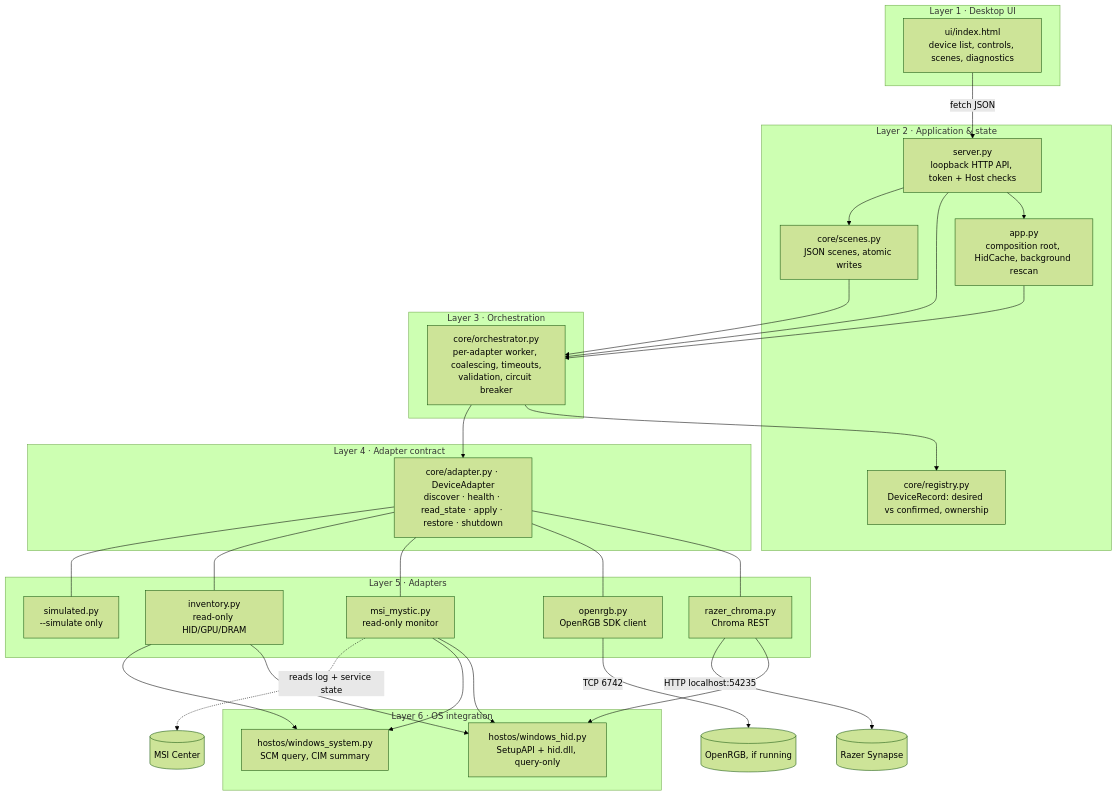
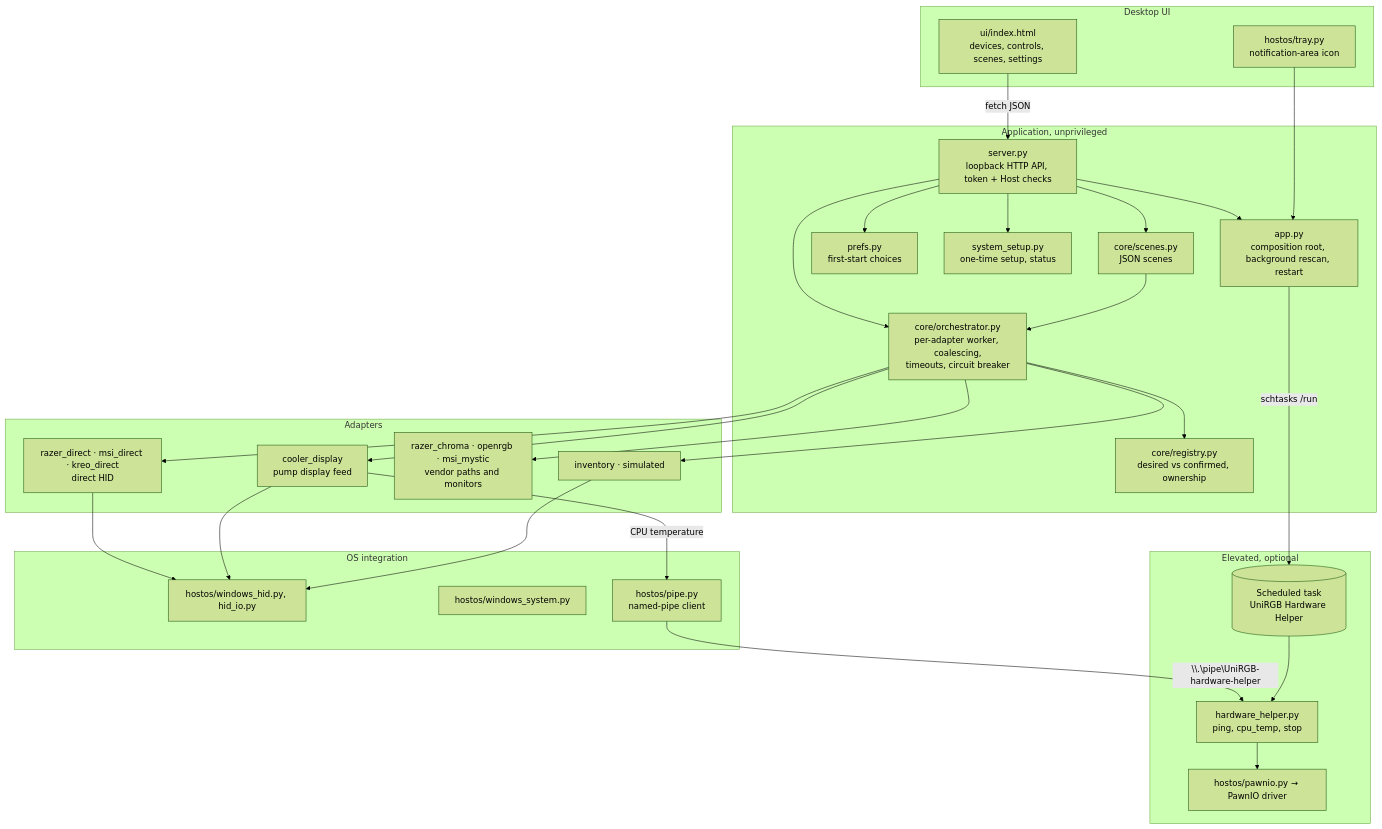
Before and after one commit to AbhineetSaha/UniRGB: the diagram in docs/architecture.md, drawn with Mermaid (forest theme). The commit also changed other lines of this file and 16 other files, not shown here.

````diff
--- a/docs/architecture.md
+++ b/docs/architecture.md
@@ -8,40 +8,42 @@
 ```mermaid
 graph TD
-  subgraph L1[Layer 1 · Desktop UI]
-    UI[ui/index.html<br/>device list, controls, scenes, diagnostics]
+  subgraph UI[Desktop UI]
+    PAGE[ui/index.html<br/>devices, controls, scenes, settings]
+    TRAY[hostos/tray.py<br/>notification-area icon]
   end
-  subgraph L2[Layer 2 · Application & state]
+  subgraph APPL[Application, unprivileged]
     SRV[server.py<br/>loopback HTTP API, token + Host checks]
-    APP[app.py<br/>composition root, HidCache, background rescan]
-    REG[core/registry.py<br/>DeviceRecord: desired vs confirmed, ownership]
-    SCN[core/scenes.py<br/>JSON scenes, atomic writes]
+    APP[app.py<br/>composition root, background rescan, restart]
+    PREFS[prefs.py<br/>first-start choices]
+    SETUP[system_setup.py<br/>one-time setup, status]
+    REG[core/registry.py<br/>desired vs confirmed, ownership]
+    SCN[core/scenes.py<br/>JSON scenes]
+    ORC[core/orchestrator.py<br/>per-adapter worker, coalescing,<br/>timeouts, circuit breaker]
   end
-  subgraph L3[Layer 3 · Orchestration]
-    ORC[core/orchestrator.py<br/>per-adapter worker, coalescing, timeouts,<br/>validation, circuit breaker]
+  subgraph ADP[Adapters]
+    DIRECT[razer_direct · msi_direct · kreo_direct<br/>direct HID]
+    COOL[cooler_display<br/>pump display feed]
+    VEND[razer_chroma · openrgb · msi_mystic<br/>vendor paths and monitors]
+    INV[inventory · simulated]
   end
-  subgraph L4[Layer 4 · Adapter contract]
-    IF[core/adapter.py · DeviceAdapter<br/>discover · health · read_state · apply · restore · shutdown]
+  subgraph OS[OS integration]
+    HID[hostos/windows_hid.py, hid_io.py]
+    SYS[hostos/windows_system.py]
+    PIPE[hostos/pipe.py<br/>named-pipe client]
   end
-  subgraph L5[Layer 5 · Adapters]
-    RZ[razer_chroma.py<br/>Chroma REST]
-    OR[openrgb.py<br/>OpenRGB SDK client]
-    MSI[msi_mystic.py<br/>read-only monitor]
-    INV[inventory.py<br/>read-only HID/GPU/DRAM]
-    SIM[simulated.py<br/>--simulate only]
+  subgraph ELEV[Elevated, optional]
+    TASK[(Scheduled task<br/>UniRGB Hardware Helper)]
+    HELPER[hardware_helper.py<br/>ping, cpu_temp, stop]
+    PAWN[hostos/pawnio.py → PawnIO driver]
   end
-  subgraph L6[Layer 6 · OS integration]
-    HID[hostos/windows_hid.py<br/>SetupAPI + hid.dll, query-only]
-    SYS[hostos/windows_system.py<br/>SCM query, CIM summary]
-  end
-  UI -- fetch JSON --> SRV --> APP
-  SRV --> ORC
+  PAGE -- fetch JSON --> SRV --> APP
+  TRAY --> APP
+  SRV --> ORC --> REG
   SRV --> SCN --> ORC
-  APP --> ORC --> REG
-  ORC --> IF
-  IF --- RZ & OR & MSI & INV & SIM
-  RZ & MSI & INV --> HID
-  MSI & INV --> SYS
-  RZ -- HTTP localhost:54235 --> SYN[(Razer Synapse)]
-  OR -- TCP 6742 --> ORGB[(OpenRGB, if running)]
-  MSI -. reads log + service state .-> MSIC[(MSI Center)]
+  SRV --> PREFS
+  SRV --> SETUP
+  ORC --> DIRECT & COOL & VEND & INV
+  DIRECT & COOL & INV --> HID
+  COOL -- CPU temperature --> PIPE -- "\\.\pipe\UniRGB-hardware-helper" --> HELPER
+  APP -- schtasks /run --> TASK --> HELPER --> PAWN
 ```
````
